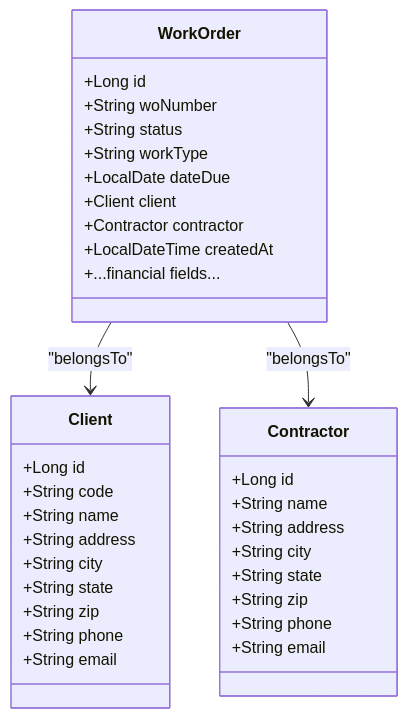
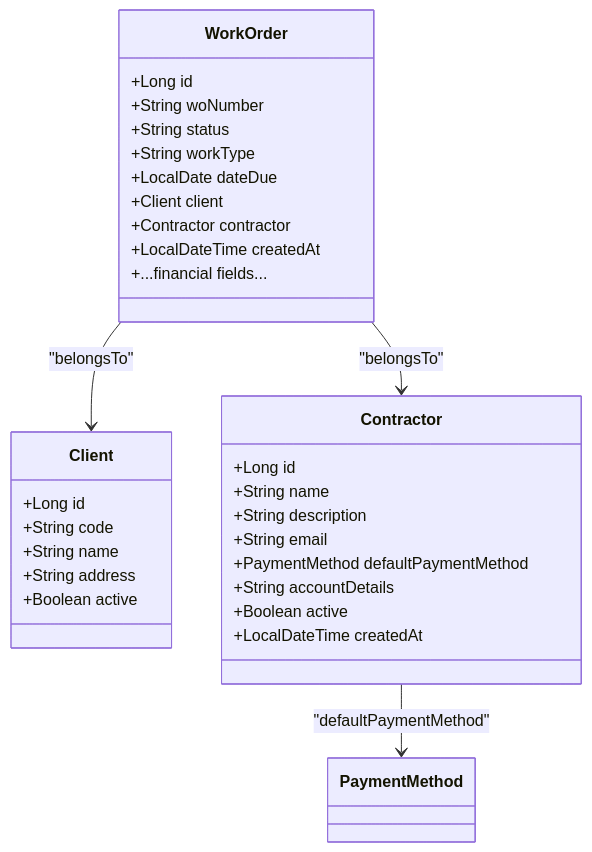
Before and after one commit to mhcybroot/Skylink-custom-backend: the seventh of 12 diagrams in .qoder/repowiki/en/content/Database Design/Database Design.md, drawn with Mermaid. The commit also changed other lines of this file and 7 other files, not shown here.

First line of the commit message:
feat(architecture): enhance security, real-time communication, and data access layers

````diff
--- a/.qoder/repowiki/en/content/Database Design/Database Design.md
+++ b/.qoder/repowiki/en/content/Database Design/Database Design.md
@@ -358,37 +641,34 @@
 ```mermaid
 classDiagram
 class WorkOrder {
 +Long id
 +String woNumber
 +String status
 +String workType
 +LocalDate dateDue
 +Client client
 +Contractor contractor
 +LocalDateTime createdAt
 +...financial fields...
 }
 class Client {
 +Long id
 +String code
 +String name
 +String address
-+String city
-+String state
-+String zip
-+String phone
-+String email
++Boolean active
 }
 class Contractor {
 +Long id
 +String name
-+String address
-+String city
-+String state
-+String zip
-+String phone
++String description
 +String email
++PaymentMethod defaultPaymentMethod
++String accountDetails
++Boolean active
++LocalDateTime createdAt
 }
 WorkOrder --> Client : "belongsTo"
 WorkOrder --> Contractor : "belongsTo"
+Contractor --> PaymentMethod : "defaultPaymentMethod"
 ```
````
